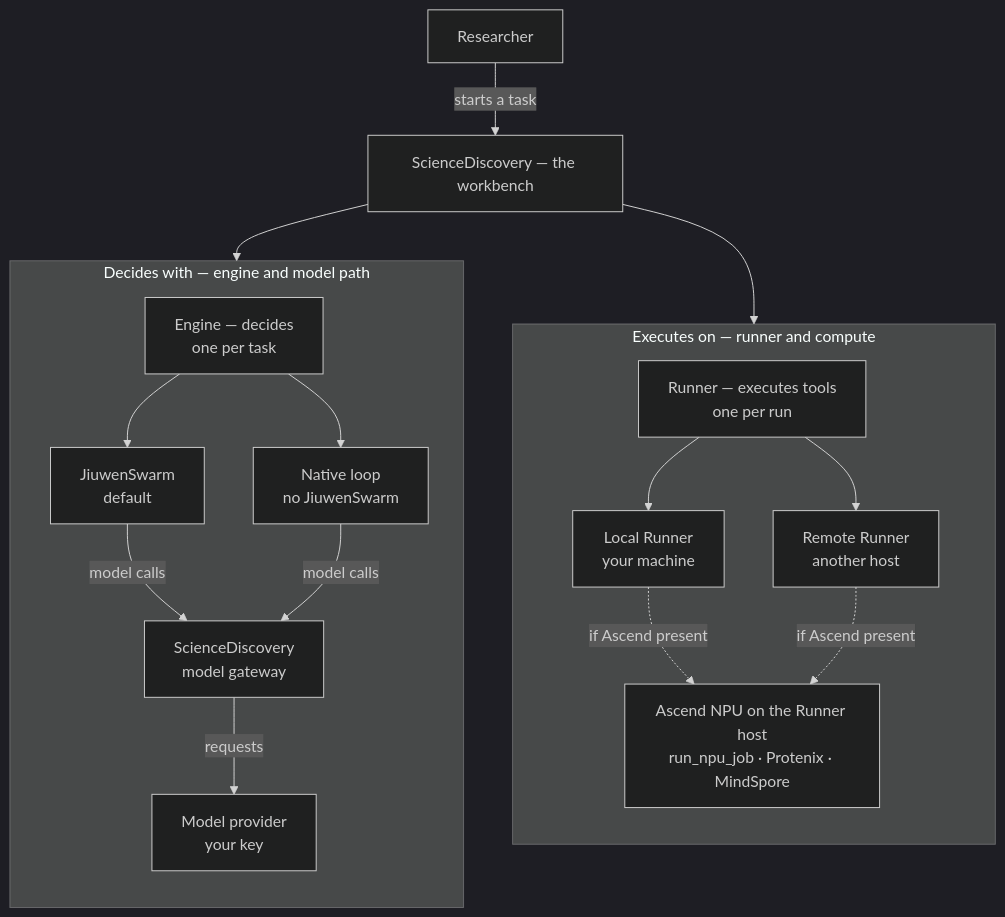
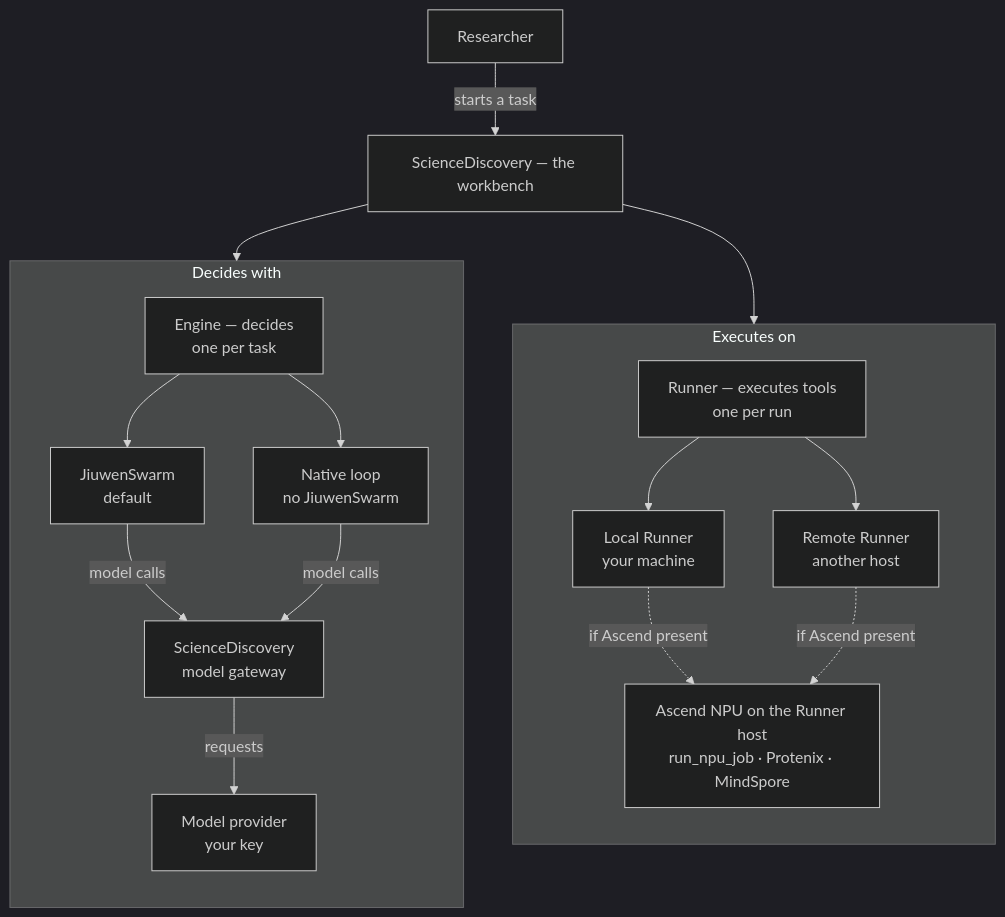
The first of 5 diagrams in company/sciencediscovery/overview.md (michaelatamuk/agentic-desk), drawn with Mermaid (dark theme) before and after one commit.

Commit message:
docs(company): shorten the two diagram superbox labels

````diff
--- a/company/sciencediscovery/overview.md
+++ b/company/sciencediscovery/overview.md
@@ -32,37 +32,37 @@
 ```mermaid
 flowchart TD
   R["Researcher"]
   SD["ScienceDiscovery — the workbench"]
 
-  subgraph DEC["Decides with — engine and model path"]
+  subgraph DEC["Decides with"]
     direction TB
     ENG["Engine — decides<br/>one per task"]
     JS["JiuwenSwarm<br/>default"]
     NL["Native loop<br/>no JiuwenSwarm"]
     GW["ScienceDiscovery<br/>model gateway"]
     MP["Model provider<br/>your key"]
 
     ENG --> JS
     ENG --> NL
     JS -->|"model calls"| GW
     NL -->|"model calls"| GW
     GW -->|"requests"| MP
   end
 
-  subgraph EXE["Executes on — runner and compute"]
+  subgraph EXE["Executes on"]
     direction TB
     RUN["Runner — executes tools<br/>one per run"]
     LR["Local Runner<br/>your machine"]
     RR["Remote Runner<br/>another host"]
     NPU["Ascend NPU on the Runner host<br/>run_npu_job · Protenix · MindSpore"]
 
     RUN --> LR
     RUN --> RR
     LR -.->|"if Ascend present"| NPU
     RR -.->|"if Ascend present"| NPU
   end
 
   R -->|"starts a task"| SD
   SD --> DEC
   SD --> EXE
 ```
````
